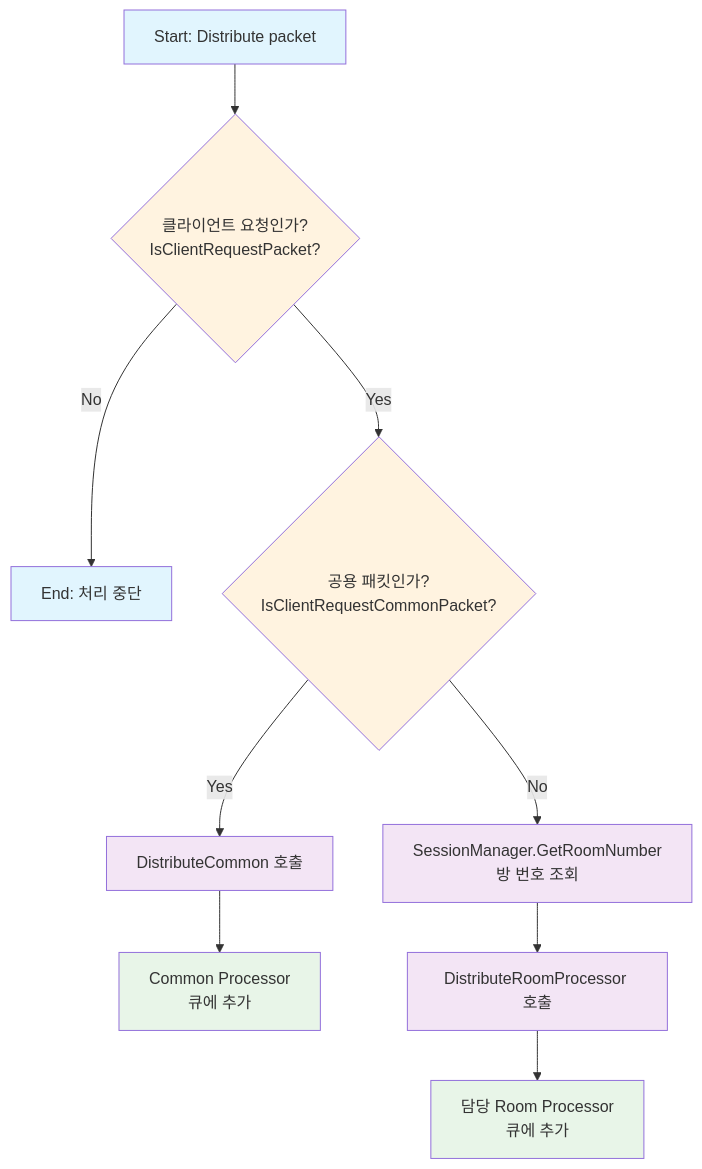
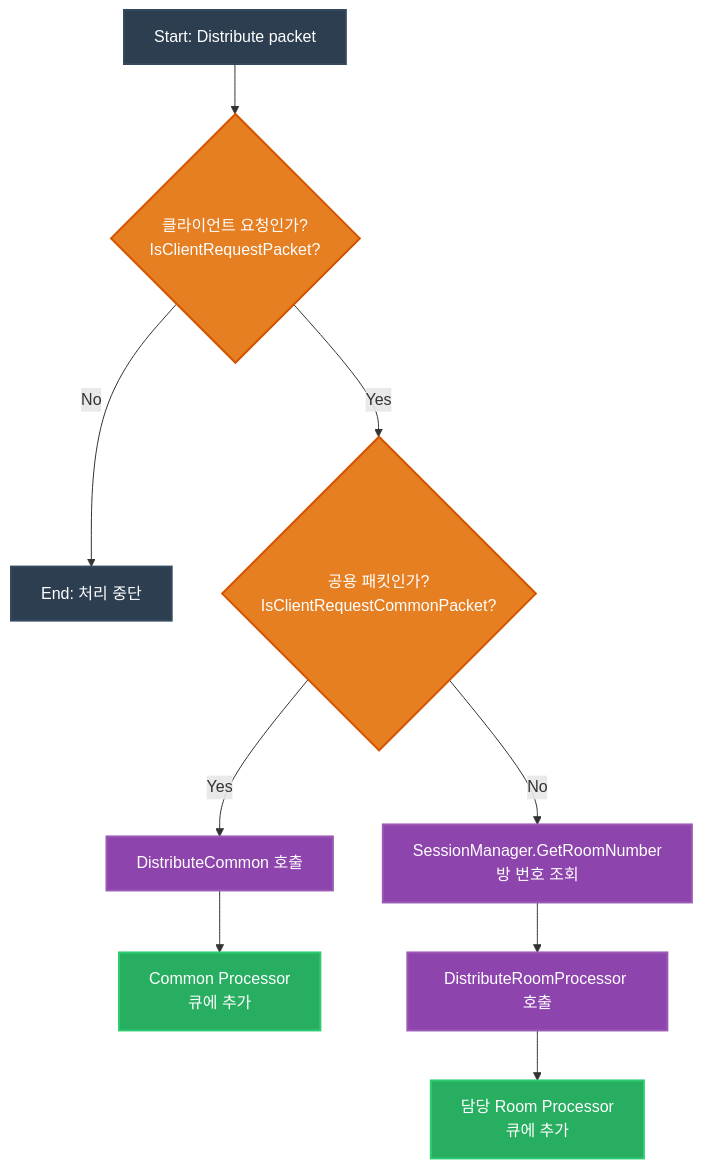
The fourth of 9 diagrams in SuperSocketLite를_이용한_CSharp_게임_서버_프로그래밍/Chapter04.md (jacking75/programming-books-with-ai), drawn with Mermaid before and after one commit. The commit also changed other lines of this file and 1 other file, not shown here.

````diff
--- a/SuperSocketLite를_이용한_CSharp_게임_서버_프로그래밍/Chapter04.md
+++ b/SuperSocketLite를_이용한_CSharp_게임_서버_프로그래밍/Chapter04.md
@@ -232,21 +315,21 @@
 ```mermaid
 flowchart TD
     A[Start: Distribute packet] --> B{클라이언트 요청인가?<br/>IsClientRequestPacket?}
     B -->|No| C[End: 처리 중단]
     B -->|Yes| D{공용 패킷인가?<br/>IsClientRequestCommonPacket?}
     D -->|Yes| E[DistributeCommon 호출]
     E --> F[Common Processor<br/>큐에 추가]
     D -->|No| G[SessionManager.GetRoomNumber<br/>방 번호 조회]
     G --> H[DistributeRoomProcessor 호출]
     H --> I[담당 Room Processor<br/>큐에 추가]
     
-    classDef startEnd fill:#e1f5fe
-    classDef decision fill:#fff3e0
-    classDef process fill:#f3e5f5
-    classDef queue fill:#e8f5e8
+    classDef startEnd fill:#2c3e50,stroke:#34495e,stroke-width:2px,color:#fff
+    classDef decision fill:#e67e22,stroke:#d35400,stroke-width:2px,color:#fff
+    classDef process fill:#8e44ad,stroke:#9b59b6,stroke-width:2px,color:#fff
+    classDef queue fill:#27ae60,stroke:#2ecc71,stroke-width:2px,color:#fff
     
     class A,C startEnd
     class B,D decision
     class E,G,H process
     class F,I queue
-```  
+```
````
